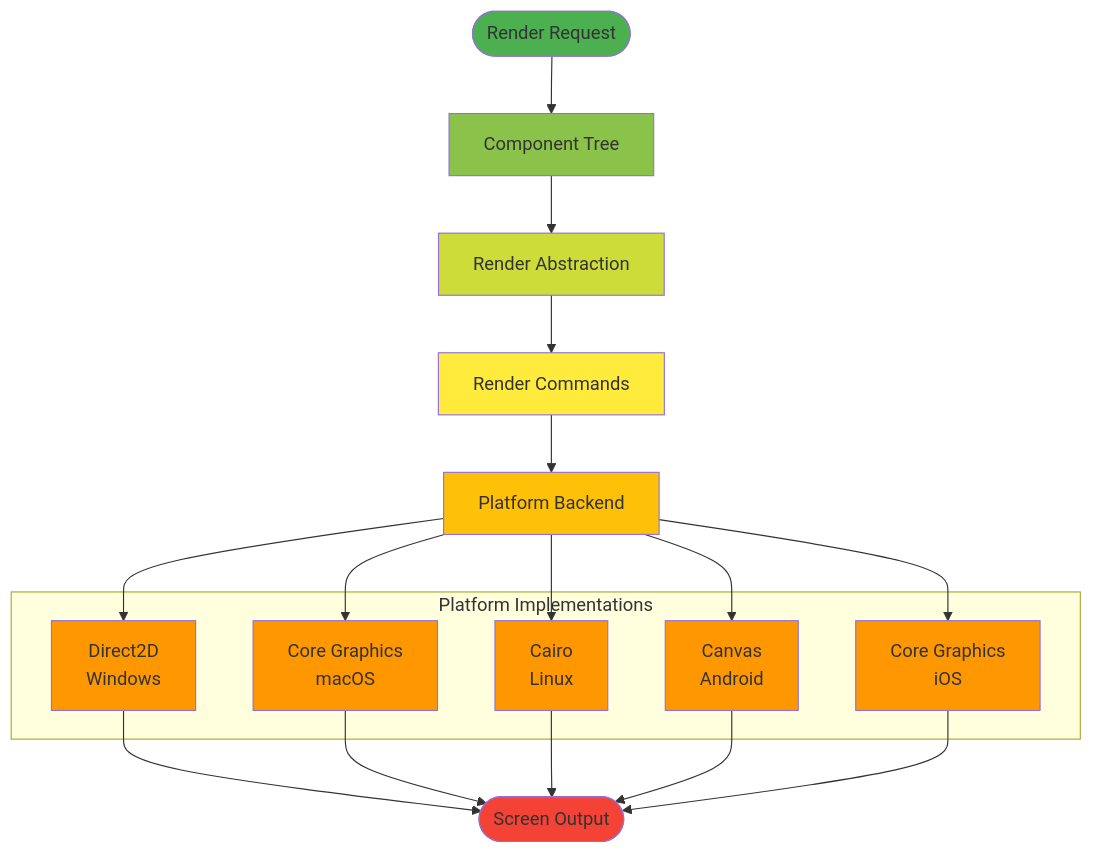
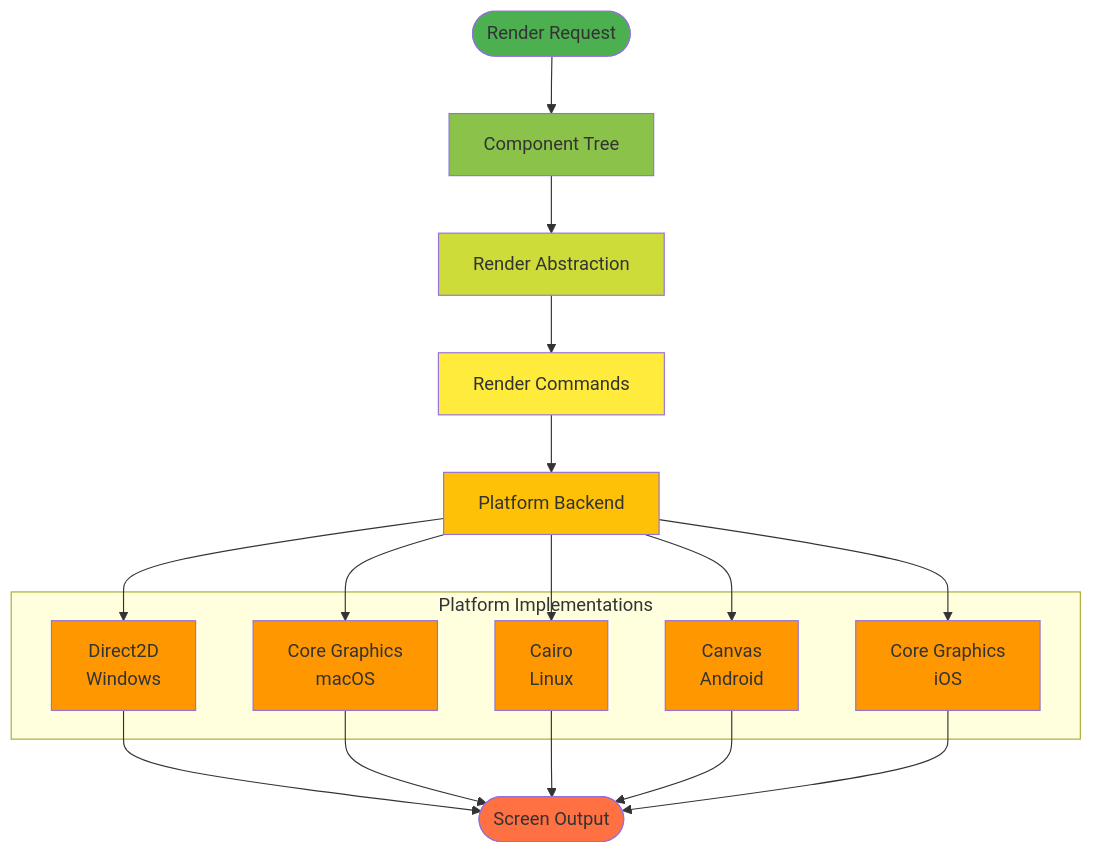
One commit to JEleniel/engage-ux changed the fifth of 8 diagrams in docs/design/architecture/System_Architecture.md. Above: the diagram before and after it, drawn with Mermaid. The commit also changed other lines of this file and 4 other files, not shown here.

First line of the commit message:
Fix WCAG AAA compliance and improve diagram color consistency

````diff
--- a/docs/design/architecture/System_Architecture.md
+++ b/docs/design/architecture/System_Architecture.md
@@ -210,45 +210,45 @@
 ```mermaid
 flowchart TB
     START([Render Request])
     COMP[Component Tree]
     RENDER[Render Abstraction]
     CMD[Render Commands]
     BACKEND[Platform Backend]
     
     subgraph "Platform Implementations"
         D2D[Direct2D<br/>Windows]
         CG[Core Graphics<br/>macOS]
         CAIRO[Cairo<br/>Linux]
         CANVAS[Canvas<br/>Android]
         CGIO[Core Graphics<br/>iOS]
     end
     
     OUTPUT([Screen Output])
     
     START --> COMP
     COMP --> RENDER
     RENDER --> CMD
     CMD --> BACKEND
     BACKEND --> D2D
     BACKEND --> CG
     BACKEND --> CAIRO
     BACKEND --> CANVAS
     BACKEND --> CGIO
     D2D --> OUTPUT
     CG --> OUTPUT
     CAIRO --> OUTPUT
     CANVAS --> OUTPUT
     CGIO --> OUTPUT
     
     style START fill:#4caf50
     style COMP fill:#8bc34a
     style RENDER fill:#cddc39
     style CMD fill:#ffeb3b
     style BACKEND fill:#ffc107
     style D2D fill:#ff9800
     style CG fill:#ff9800
     style CAIRO fill:#ff9800
     style CANVAS fill:#ff9800
     style CGIO fill:#ff9800
-    style OUTPUT fill:#f44336
+    style OUTPUT fill:#ff7043
 ```
````
